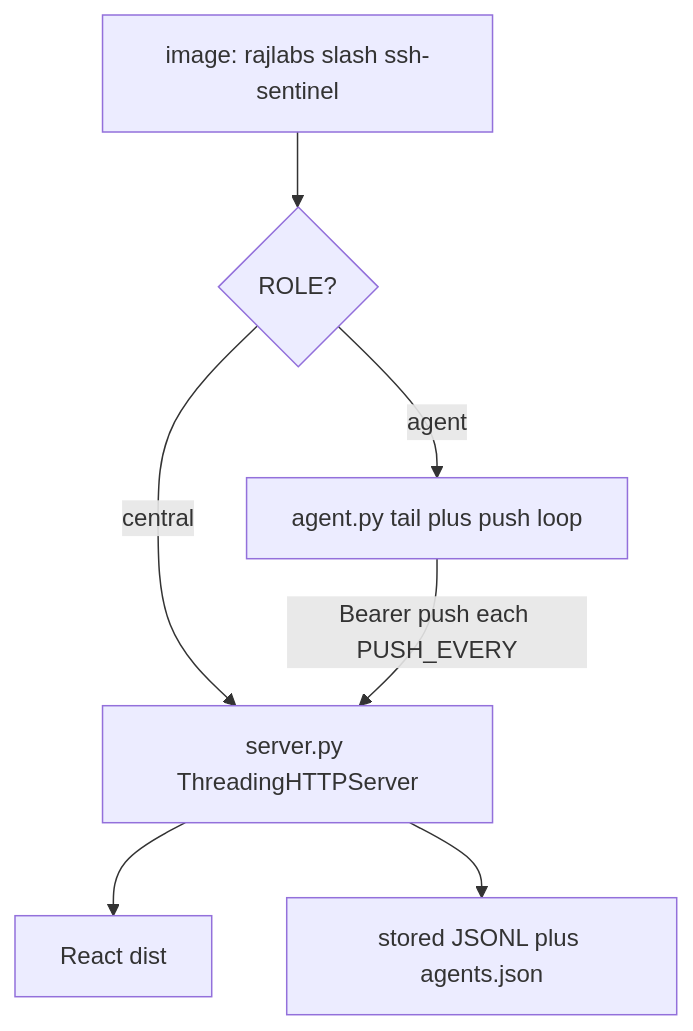
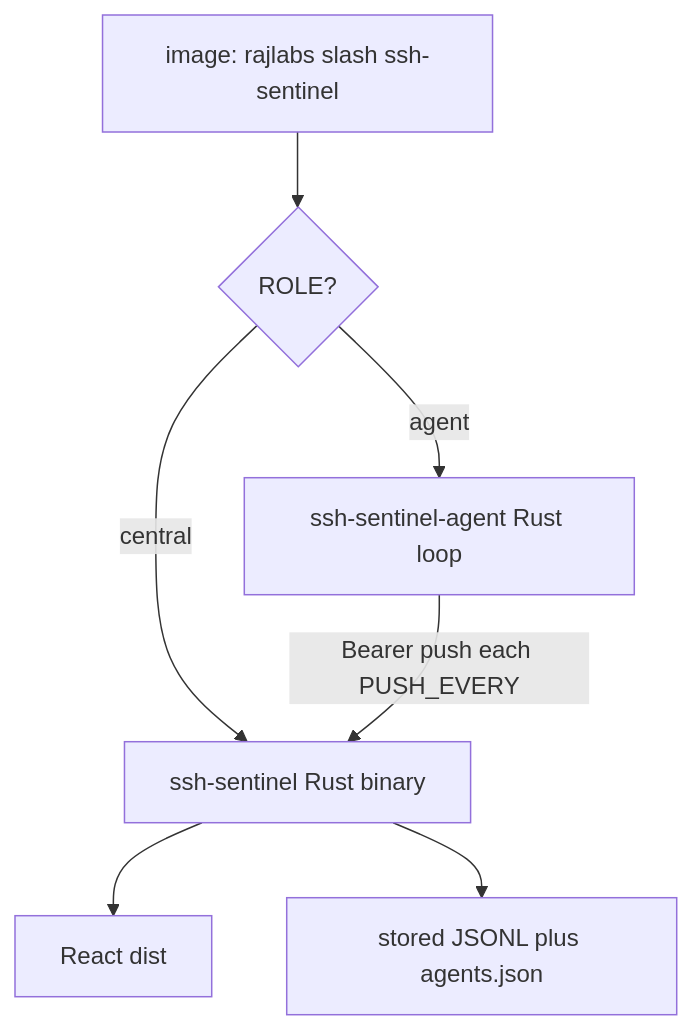
One commit to authoritydmc/ssh-sentinel changed the second of 6 diagrams in docs/ARCHITECTURE.md. Above: the diagram before and after it, drawn with Mermaid. The commit also changed other lines of this file and 36 other files, not shown here.

````diff
--- a/docs/ARCHITECTURE.md
+++ b/docs/ARCHITECTURE.md
@@ -55,9 +55,9 @@
 ```mermaid
 flowchart TD
     IMG["image: rajlabs slash ssh-sentinel"] --> E{"ROLE?"}
-    E -->|"central"| S["server.py ThreadingHTTPServer"]
-    E -->|"agent"| G["agent.py tail plus push loop"]
+    E -->|"central"| S["ssh-sentinel Rust binary"]
+    E -->|"agent"| G["ssh-sentinel-agent Rust loop"]
     S --> DIST["React dist"]
     S --> DATA["stored JSONL plus agents.json"]
     G -->|"Bearer push each PUSH_EVERY"| S
 ```
````
